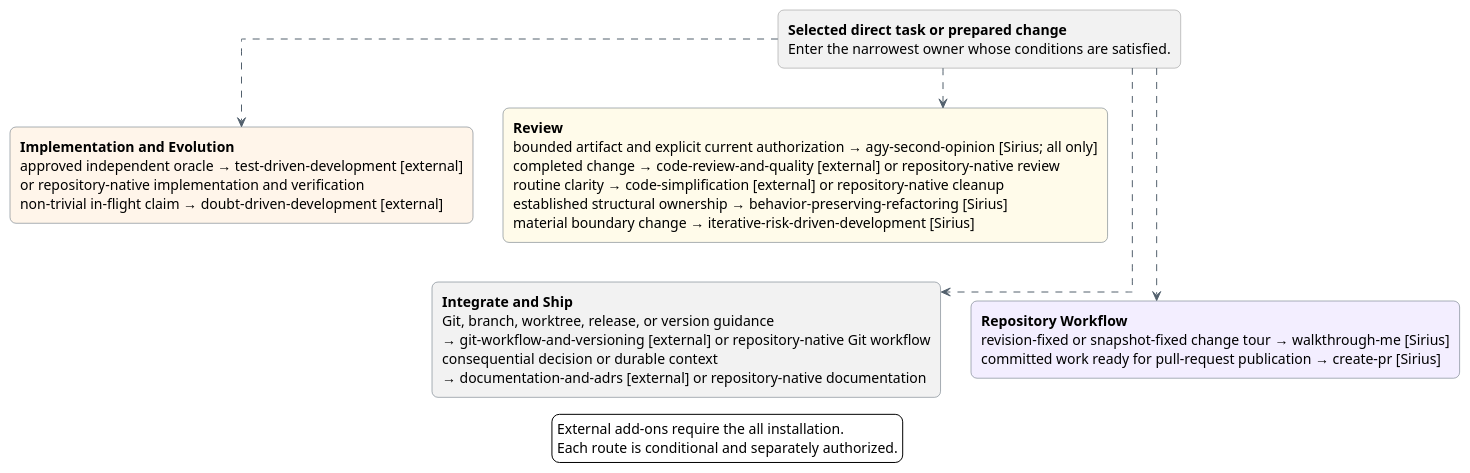
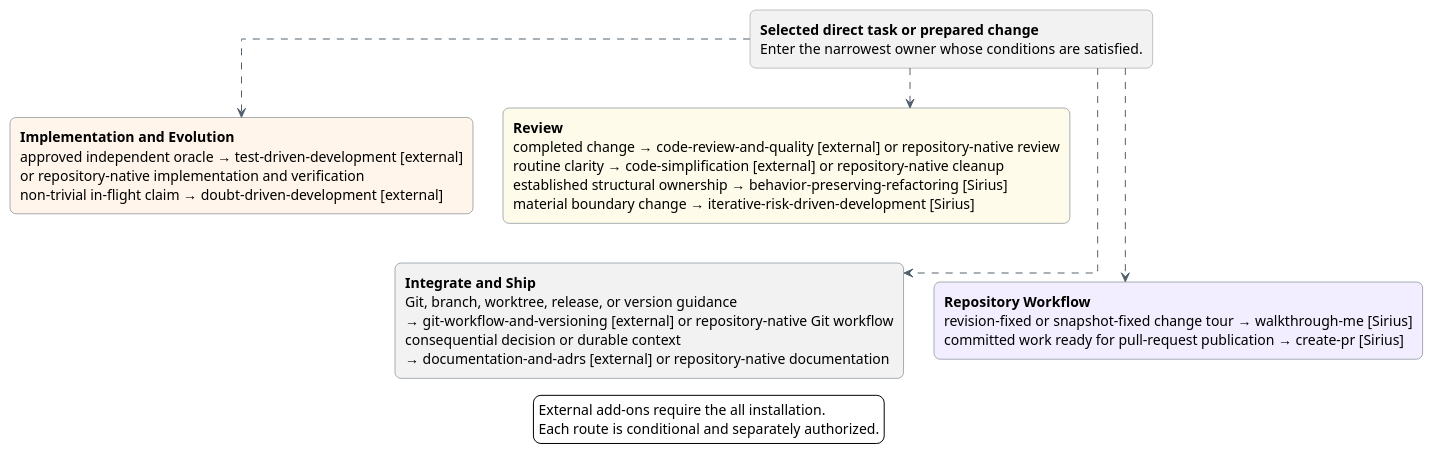
Before and after one commit to sirius-cc-wu/sirius-skills: the third of 4 diagrams in catalog/skill-relationships.md, drawn with PlantUML. The commit also changed other lines of this file and 13 other files, not shown here.

Commit message:
refactor(skills): remove agy-second-opinion and record in retirement ledger

````diff
--- a/catalog/skill-relationships.md
+++ b/catalog/skill-relationships.md
@@ -503,74 +502,73 @@
 ```plantuml
 @startuml implementation-repository-skill-relationships
 top to bottom direction
 
 skinparam backgroundColor #FFFFFF
 skinparam shadowing false
 skinparam packageStyle rectangle
 skinparam linetype ortho
 skinparam defaultFontName Arial
 skinparam defaultTextAlignment left
 skinparam ArrowColor #52606D
 skinparam nodesep 30
 skinparam ranksep 40
 hide stereotype
 skinparam rectangle {
   BackgroundColor #FFFFFF
   BorderColor #52606D
   RoundCorner 12
 }
 skinparam rectangle<<input>> {
   BackgroundColor #F2F2F2
   BorderColor #888888
 }
 
 rectangle selected <<input>> [
 **Selected direct task or prepared change**
 Enter the narrowest owner whose conditions are satisfied.
 ]
 
 rectangle implementation #FFF5EA [
 **Implementation and Evolution**
 approved independent oracle → test-driven-development [external]
 or repository-native implementation and verification
 non-trivial in-flight claim → doubt-driven-development [external]
 ]
 
 rectangle review #FFFBEA [
 **Review**
-bounded artifact and explicit current authorization → agy-second-opinion [Sirius; all only]
 completed change → code-review-and-quality [external] or repository-native review
 routine clarity → code-simplification [external] or repository-native cleanup
 established structural ownership → behavior-preserving-refactoring [Sirius]
 material boundary change → iterative-risk-driven-development [Sirius]
 ]
 
 rectangle integrate #F2F2F2 [
 **Integrate and Ship**
 Git, branch, worktree, release, or version guidance
 → git-workflow-and-versioning [external] or repository-native Git workflow
 consequential decision or durable context
 → documentation-and-adrs [external] or repository-native documentation
 ]
 
 rectangle repository #F3EEFF [
 **Repository Workflow**
 revision-fixed or snapshot-fixed change tour → walkthrough-me [Sirius]
 committed work ready for pull-request publication → create-pr [Sirius]
 ]
 
 selected ..> implementation
 selected ..> review
 selected ..> integrate
 selected ..> repository
 
 implementation -[hidden]right-> review
 implementation -[hidden]down-> integrate
 integrate -[hidden]right-> repository
 
 legend bottom
   External add-ons require the all installation.
   Each route is conditional and separately authorized.
 endlegend
 @enduml
 ```
````
